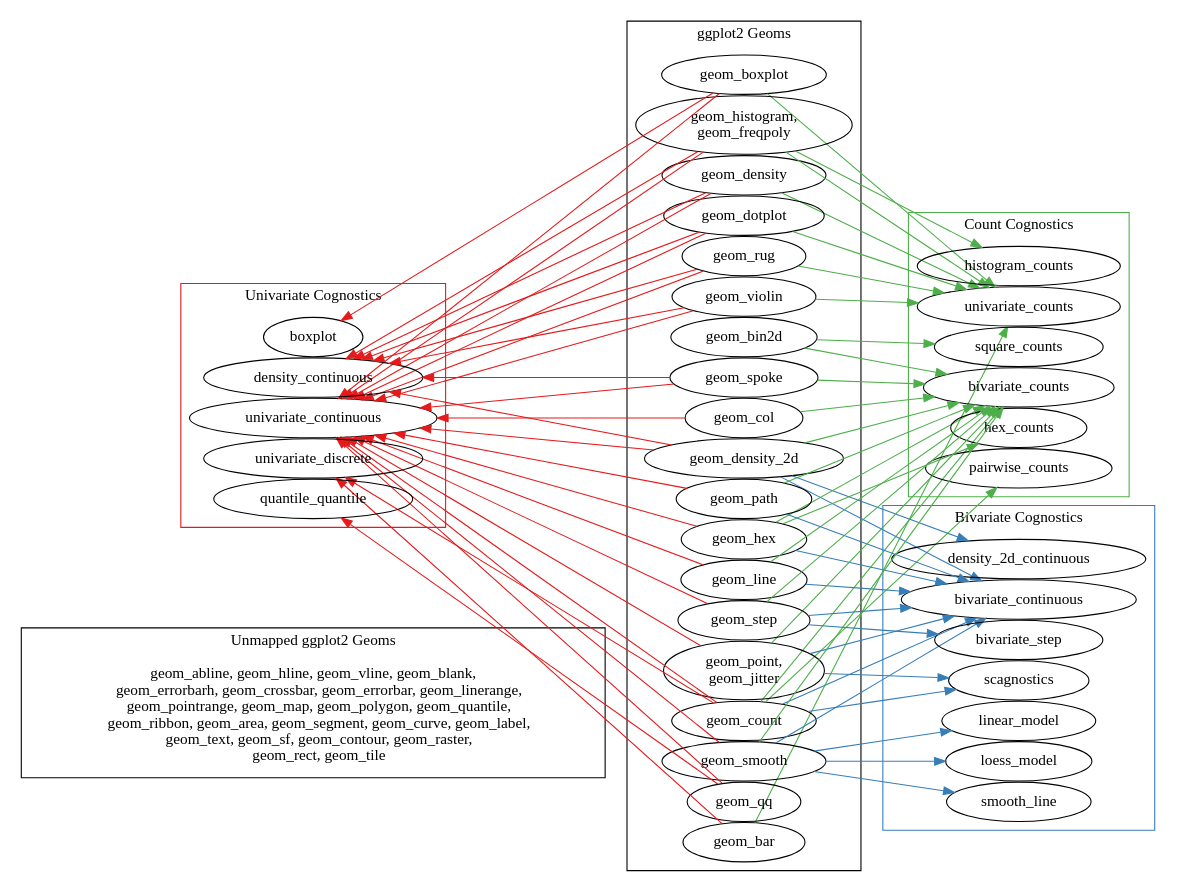
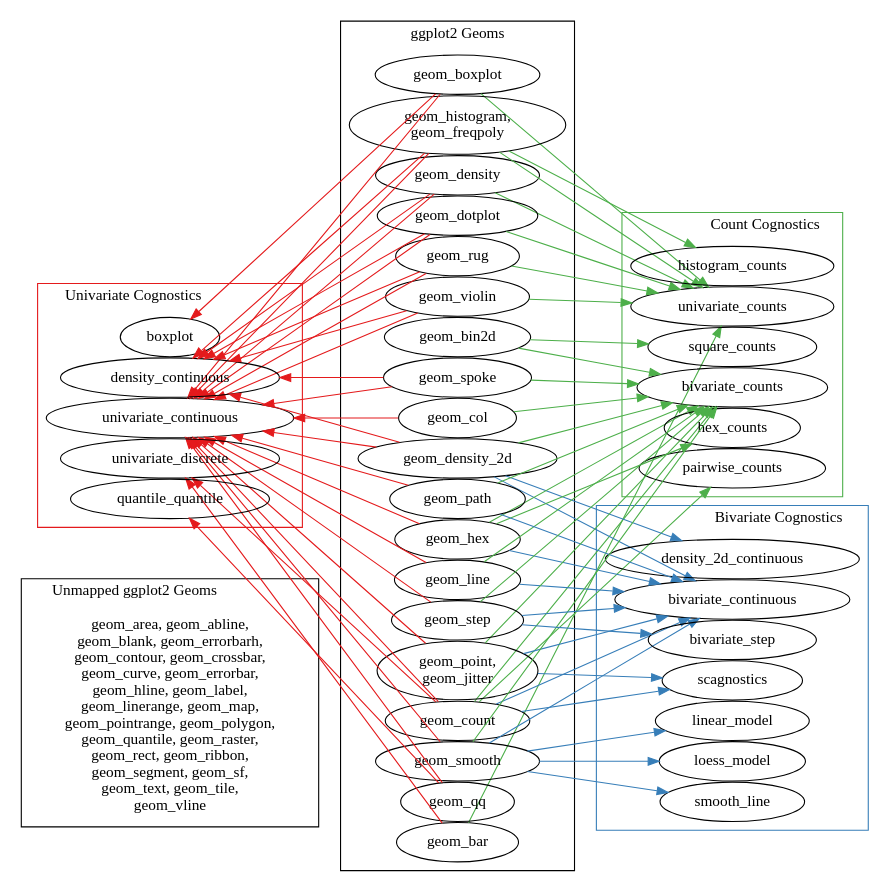
Before and after one commit to schloerke/thesis-schloerke: the diagram in dot/ggplot_cognostics.dot, drawn with Graphviz. The commit also changed 3 other files, not shown here.

```diff
--- a/dot/ggplot_cognostics.dot
+++ b/dot/ggplot_cognostics.dot
@@ -1,169 +1,178 @@
 /* http://webgraphviz.com */
 /* http://www.graphviz.org/pdf/dotguide.pdf */
 /* http://graphviz.org/doc/info/attrs.html */
 /* http://colorbrewer2.org/#type=qualitative&scheme=Pastel2&n=5 */
 
 digraph G {
 	/*compound = true;*/
   /*overlap = false;*/
 	splines = false;
   rankdir = "LR"
 
   node [shape = "ellipse"];
   nodesep = 0
 
   subgraph cluster_not_used {
     label = "Unmapped ggplot2 Geoms"
+		labeljust = "left";
     node [shape="plaintext"]
     /*geom_abline [label = "geom_abline, geom_hline,
     geom_vline"];
     geom_blank
     geom_errorbarh
     geom_crossbar [label = "geom_crossbar, geom_errorbar,
     geom_linerange, geom_pointrange"]
     geom_map
     geom_polygon
     geom_quantile
     geom_ribbon [label = "geom_ribbon, geom_area"]
     geom_segment [label = "geom_segment, geom_curve"]
     geom_label [label = "geom_label, geom_text"]
     geom_sf
     geom_contour
     geom_raster [label = "geom_raster, geom_rect,
     geom_tile"]*/
-    geom_abline [label = "geom_abline, geom_hline, geom_vline, geom_blank,
-    geom_errorbarh, geom_crossbar, geom_errorbar, geom_linerange,
-    geom_pointrange, geom_map, geom_polygon, geom_quantile,
-    geom_ribbon, geom_area, geom_segment, geom_curve, geom_label,
-    geom_text, geom_sf, geom_contour, geom_raster,
-    geom_rect, geom_tile"]
+    geom_abline [label = "geom_area, geom_abline,
+geom_blank, geom_errorbarh,
+geom_contour, geom_crossbar,
+geom_curve, geom_errorbar,
+geom_hline, geom_label,
+geom_linerange, geom_map,
+geom_pointrange, geom_polygon,
+geom_quantile, geom_raster,
+geom_rect, geom_ribbon,
+geom_segment, geom_sf,
+geom_text, geom_tile,
+geom_vline"]
   }
 
 
   subgraph cluster_ggplot {
     label = "ggplot2 Geoms"
-
     geom_bar
     geom_bin2d
     geom_boxplot
     geom_col
     geom_count
     geom_density
     geom_density_2d
     geom_dotplot
     geom_hex
     geom_histogram [label = "geom_histogram,
 geom_freqpoly"]
     geom_line
     geom_path
     geom_point [label = "geom_point,
 geom_jitter"]
     geom_qq
     geom_rug
     geom_smooth
     geom_spoke
     geom_step
     geom_violin
   }
 
   subgraph cluster_cogs_uni {
     label = "Univariate Cognostics"
+		labeljust = "left";
     graph [color = "#e41a1c"]
     node [labeljust="right"]
     univariate_continuous
     univariate_discrete
     boxplot
     density_continuous
     quantile_quantile
   }
   subgraph cluster_cogs_bi {
     label = "Bivariate Cognostics"
+		labeljust = "right";
     graph [color = "#377eb8"]
     bivariate_continuous
     scagnostics
     density_2d_continuous
     smooth_line
     linear_model
     loess_model
     bivariate_step
   }
   subgraph cluster_cogs_counts {
     label = "Count Cognostics"
+		labeljust = "right";
     graph [color = "#4daf4a"]
     univariate_counts
     bivariate_counts
     hex_counts
     square_counts
     histogram_counts
     pairwise_counts
   }
 
 
 
   univariate_discrete -> geom_bar [dir = "back", color = "#e41a1c"]
   geom_bar -> univariate_counts [color = "#4daf4a"]
   univariate_continuous -> geom_col [dir = "back", color = "#e41a1c"]
   geom_col -> bivariate_counts [color = "#4daf4a"]
   univariate_continuous -> geom_hex [dir = "back", color = "#e41a1c"]
   geom_hex -> bivariate_continuous [color = "#377eb8"]
   geom_hex -> hex_counts [color = "#4daf4a"]
   geom_hex -> bivariate_counts [color = "#4daf4a"]
   geom_bin2d -> square_counts [color = "#4daf4a"]
   geom_bin2d -> bivariate_counts [color = "#4daf4a"]
   univariate_continuous -> geom_point [dir = "back", color = "#e41a1c"]
   geom_point -> bivariate_continuous [color = "#377eb8"]
   geom_point -> scagnostics [color = "#377eb8"]
   geom_point -> bivariate_counts [color = "#4daf4a"]
   univariate_continuous -> geom_boxplot [dir = "back", color = "#e41a1c"]
   boxplot -> geom_boxplot [dir = "back", color = "#e41a1c"]
   geom_boxplot -> univariate_counts [color = "#4daf4a"]
   univariate_continuous -> geom_count [dir = "back", color = "#e41a1c"]
   univariate_discrete -> geom_count [dir = "back", color = "#e41a1c"]
   geom_count -> bivariate_continuous [color = "#377eb8"]
   geom_count -> pairwise_counts [color = "#4daf4a"]
   geom_count -> scagnostics [color = "#377eb8"]
   geom_count -> bivariate_counts [color = "#4daf4a"]
   univariate_continuous -> geom_density [dir = "back", color = "#e41a1c"]
   density_continuous -> geom_density [dir = "back", color = "#e41a1c"]
   geom_density -> univariate_counts [color = "#4daf4a"]
   univariate_continuous -> geom_violin [dir = "back", color = "#e41a1c"]
   density_continuous -> geom_violin [dir = "back", color = "#e41a1c"]
   geom_violin -> univariate_counts [color = "#4daf4a"]
   univariate_continuous -> geom_density_2d [dir = "back", color = "#e41a1c"]
   geom_density_2d -> bivariate_continuous [color = "#377eb8"]
   density_continuous -> geom_density_2d [dir = "back", color = "#e41a1c"]
   geom_density_2d -> density_2d_continuous [color = "#377eb8"]
   geom_density_2d -> bivariate_counts [color = "#4daf4a"]
   univariate_continuous -> geom_dotplot [dir = "back", color = "#e41a1c"]
   density_continuous -> geom_dotplot [dir = "back", color = "#e41a1c"]
   geom_dotplot -> univariate_counts [color = "#4daf4a"]
   univariate_continuous -> geom_histogram [dir = "back", color = "#e41a1c"]
   density_continuous -> geom_histogram [dir = "back", color = "#e41a1c"]
   geom_histogram -> histogram_counts [color = "#4daf4a"]
   geom_histogram -> univariate_counts [color = "#4daf4a"]
   univariate_continuous -> geom_rug [dir = "back", color = "#e41a1c"]
   density_continuous -> geom_rug [dir = "back", color = "#e41a1c"]
   geom_rug -> univariate_counts [color = "#4daf4a"]
   univariate_continuous -> geom_spoke [dir = "back", color = "#e41a1c"]
   density_continuous -> geom_spoke [dir = "back", color = "#e41a1c"]
   geom_spoke -> bivariate_counts [color = "#4daf4a"]
   univariate_continuous -> geom_qq [dir = "back", color = "#e41a1c"]
   quantile_quantile -> geom_qq [dir = "back", color = "#e41a1c"]
   univariate_continuous -> geom_smooth [dir = "back", color = "#e41a1c"]
   geom_smooth -> bivariate_continuous [color = "#377eb8"]
   geom_smooth -> smooth_line [color = "#377eb8"]
   geom_smooth -> loess_model [color = "#377eb8"]
   geom_smooth -> linear_model [color = "#377eb8"]
   geom_smooth -> bivariate_counts [color = "#4daf4a"]
   univariate_continuous -> geom_line [dir = "back", color = "#e41a1c"]
   geom_line -> bivariate_continuous [color = "#377eb8"]
   geom_line -> bivariate_counts [color = "#4daf4a"]
   univariate_continuous -> geom_path [dir = "back", color = "#e41a1c"]
   geom_path -> bivariate_continuous [color = "#377eb8"]
   geom_path -> bivariate_counts [color = "#4daf4a"]
   univariate_continuous -> geom_step [dir = "back", color = "#e41a1c"]
   geom_step -> bivariate_step [color = "#377eb8"]
   geom_step -> bivariate_continuous [color = "#377eb8"]
   geom_step -> bivariate_counts [color = "#4daf4a"]
 
 }
```
